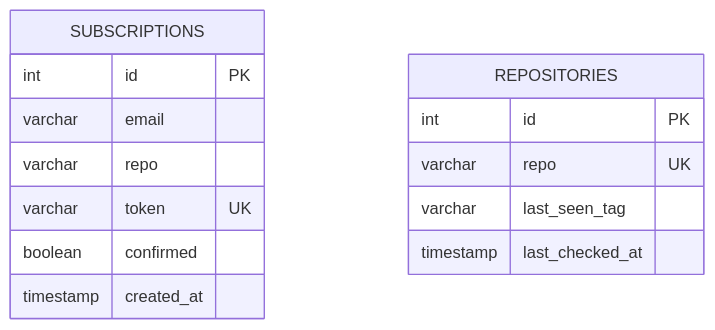
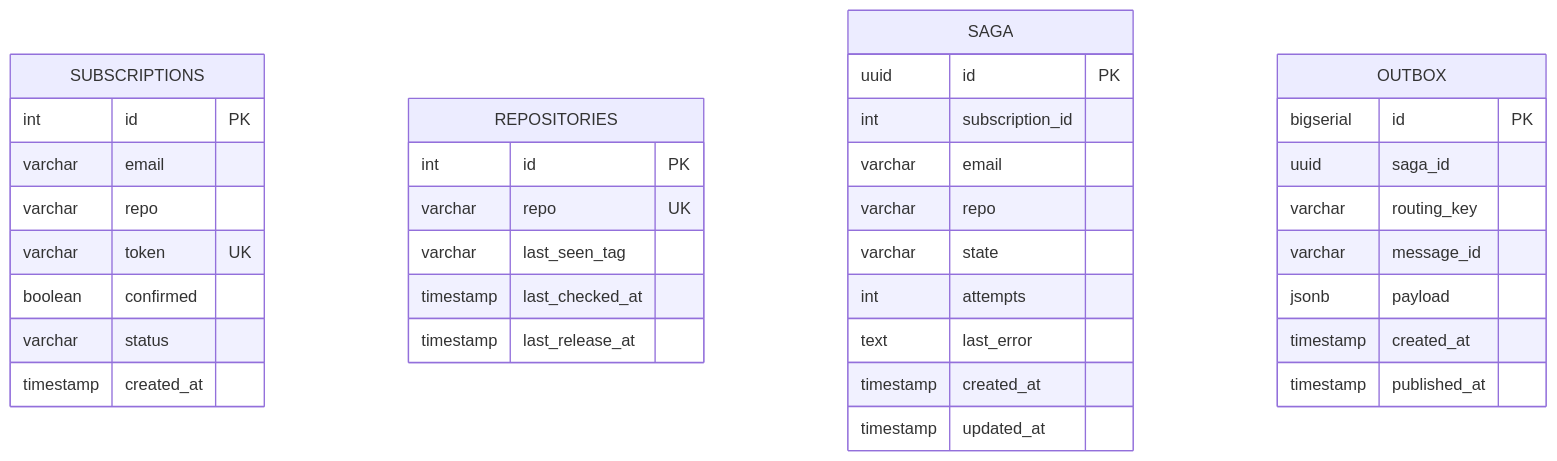
One commit to GenesisEducationKyiv/software-engineering-school-6-0-Yurii-Levchenko changed the third of 5 diagrams in system-design/README.md. Above: the diagram before and after it, drawn with Mermaid. The commit also changed other lines of this file and 1 other file, not shown here.

Commit message:
docs(hw9): update system-design + README for the 2-process saga architecture

````diff
--- a/system-design/README.md
+++ b/system-design/README.md
@@ -219,17 +239,39 @@
 ```mermaid
 erDiagram
     SUBSCRIPTIONS {
         int id PK
         varchar email
         varchar repo
         varchar token UK
         boolean confirmed
+        varchar status
         timestamp created_at
     }
     REPOSITORIES {
         int id PK
         varchar repo UK
         varchar last_seen_tag
         timestamp last_checked_at
+        timestamp last_release_at
+    }
+    SAGA {
+        uuid id PK
+        int subscription_id
+        varchar email
+        varchar repo
+        varchar state
+        int attempts
+        text last_error
+        timestamp created_at
+        timestamp updated_at
+    }
+    OUTBOX {
+        bigserial id PK
+        uuid saga_id
+        varchar routing_key
+        varchar message_id
+        jsonb payload
+        timestamp created_at
+        timestamp published_at
     }
 ```
````
